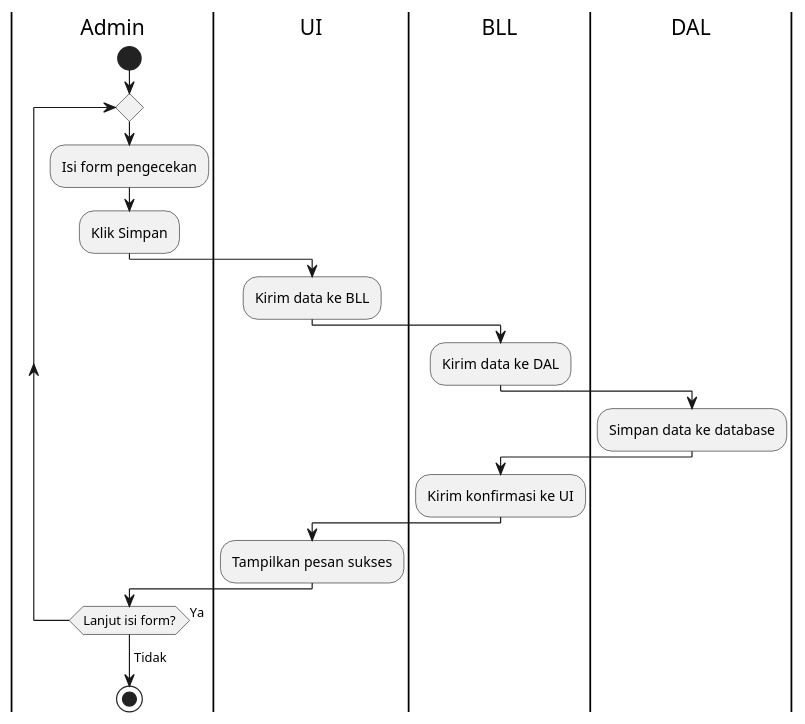
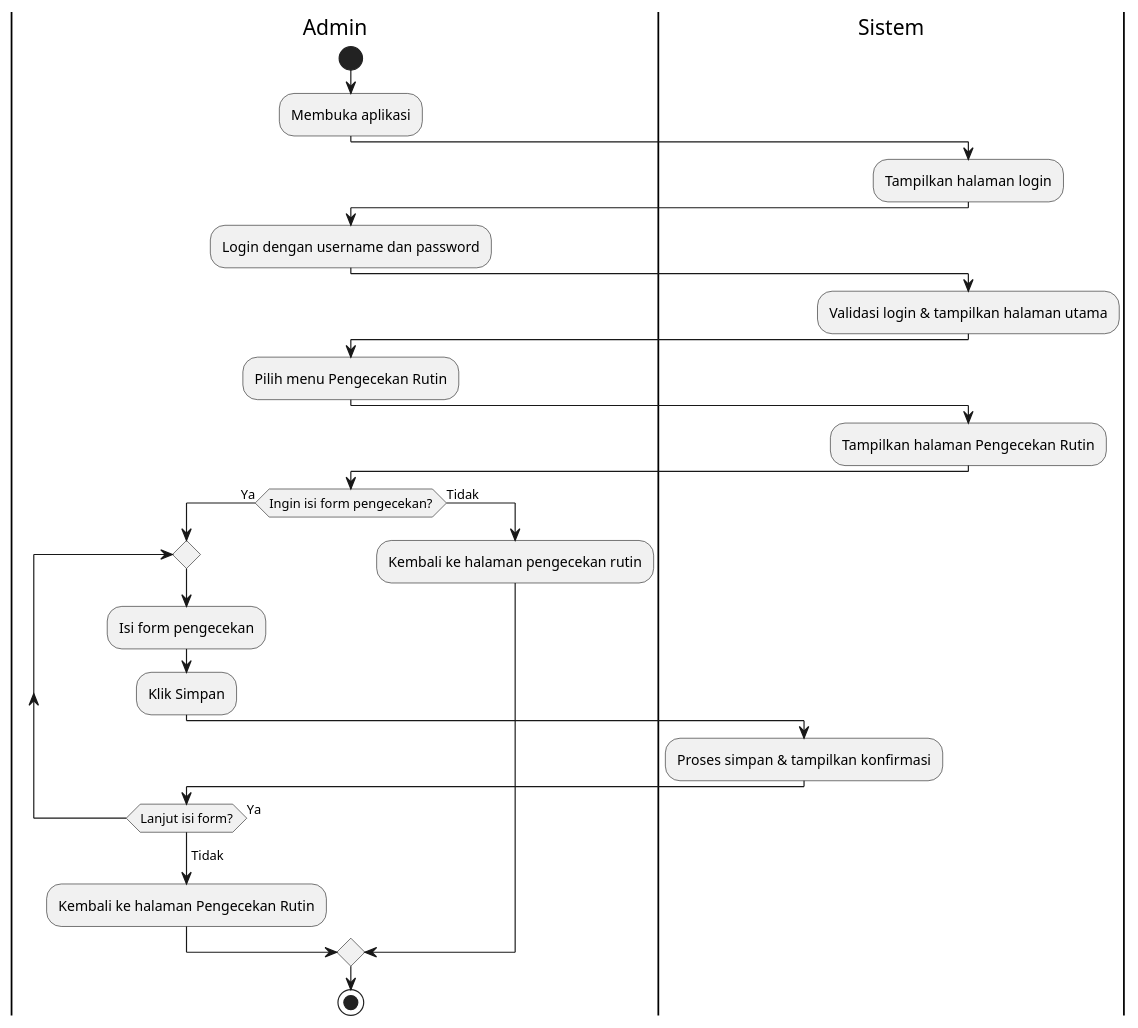
One commit to Fannandya/diagramPABD changed the diagram in Activity Diagram/activityPengecekanRutin.puml. Above: the diagram before and after it, drawn with PlantUML. The commit also changed 2 other files, not shown here.

Commit message:
mengganti ERD menjadi RAT dan mengubah activity pengecekan rutin

```diff
--- a/Activity Diagram/activityPengecekanRutin.puml
+++ b/Activity Diagram/activityPengecekanRutin.puml
@@ -1,30 +1,38 @@
 @startuml activityPengecekanRutin
 |Admin|
 start
+:Membuka aplikasi;
 
-repeat
-  |Admin|
-  :Isi form pengecekan;
-  :Klik Simpan;
+|Sistem|
+:Tampilkan halaman login;
 
-  |UI|
-  :Kirim data ke BLL;
+|Admin|
+:Login dengan username dan password;
 
-  |BLL|
-  :Kirim data ke DAL;
+|Sistem|
+:Validasi login & tampilkan halaman utama;
 
-  |DAL|
-  :Simpan data ke database;
+|Admin|
+:Pilih menu Pengecekan Rutin;
 
-  |BLL|
-  :Kirim konfirmasi ke UI;
+|Sistem|
+:Tampilkan halaman Pengecekan Rutin;
 
-  |UI|
-  :Tampilkan pesan sukses;
-
-  |Admin|
-repeat while (Lanjut isi form?) is (Ya)
-->Tidak;
+|Admin|
+if (Ingin isi form pengecekan?) then (Ya)
+  repeat
+    |Admin|
+    :Isi form pengecekan;
+    :Klik Simpan;
+    |Sistem|
+    :Proses simpan & tampilkan konfirmasi;
+    |Admin|
+  repeat while (Lanjut isi form?) is (Ya)
+  ->Tidak;
+  :Kembali ke halaman Pengecekan Rutin;
+else (Tidak)
+  :Kembali ke halaman pengecekan rutin;
+endif
 
 stop
 @enduml
```
